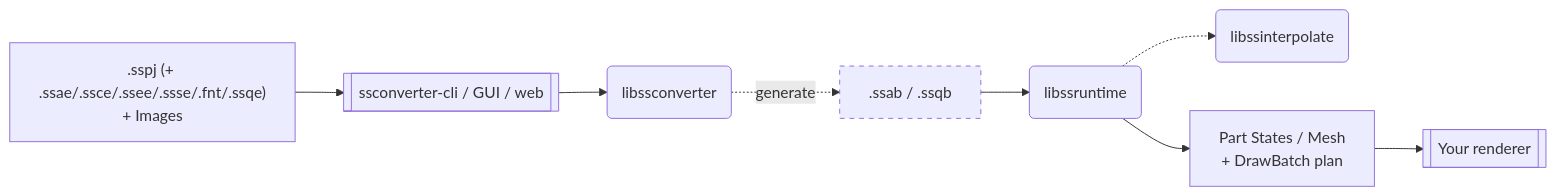
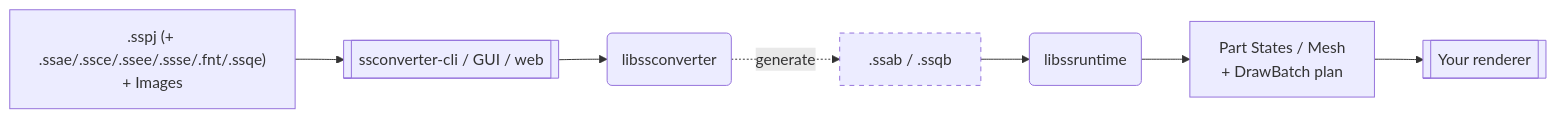
Before and after one commit to cri-middleware/SpriteStudio-Docs: the diagram in docs/en/sdk/concepts.md, drawn with Mermaid. The commit also changed other lines of this file and 12 other files, not shown here.

````diff
--- a/docs/en/sdk/concepts.md
+++ b/docs/en/sdk/concepts.md
@@ -16,19 +16,17 @@
 ```mermaid
 graph LR
     SS[" .sspj (+ .ssae/.ssce/.ssee/.ssse/.fnt/.ssqe)<br/>+ Images "]
     CLI[[" ssconverter-cli / GUI / web "]]
     CONV(" libssconverter ")
     BIN[" .ssab / .ssqb "]
     RT(" libssruntime ")
-    INT(" libssinterpolate ")
     STATE[" Part States / Mesh<br/>+ DrawBatch plan "]
     REND[[" Your renderer "]]
 
     SS --> CLI --> CONV -. generate .-> BIN
     BIN --> RT
-    RT -.-> INT
     RT --> STATE --> REND
 
     classDef generated stroke-dasharray: 5 5;
     class BIN generated;
 ```
````
